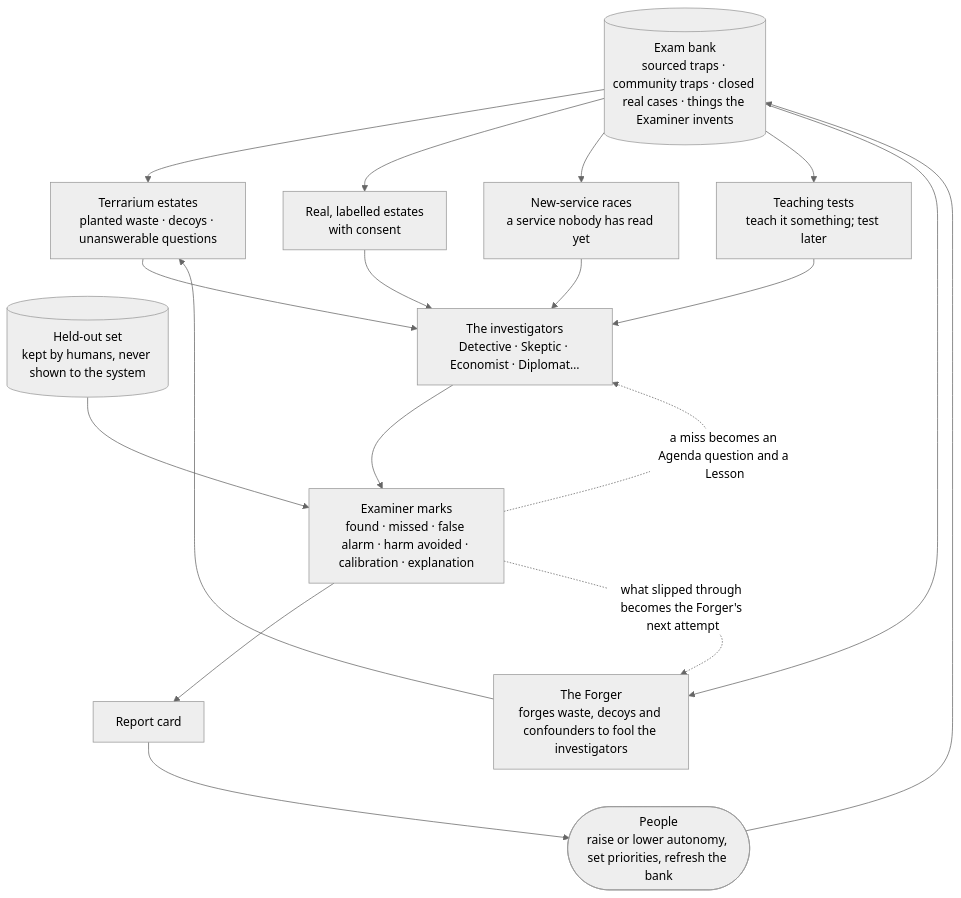
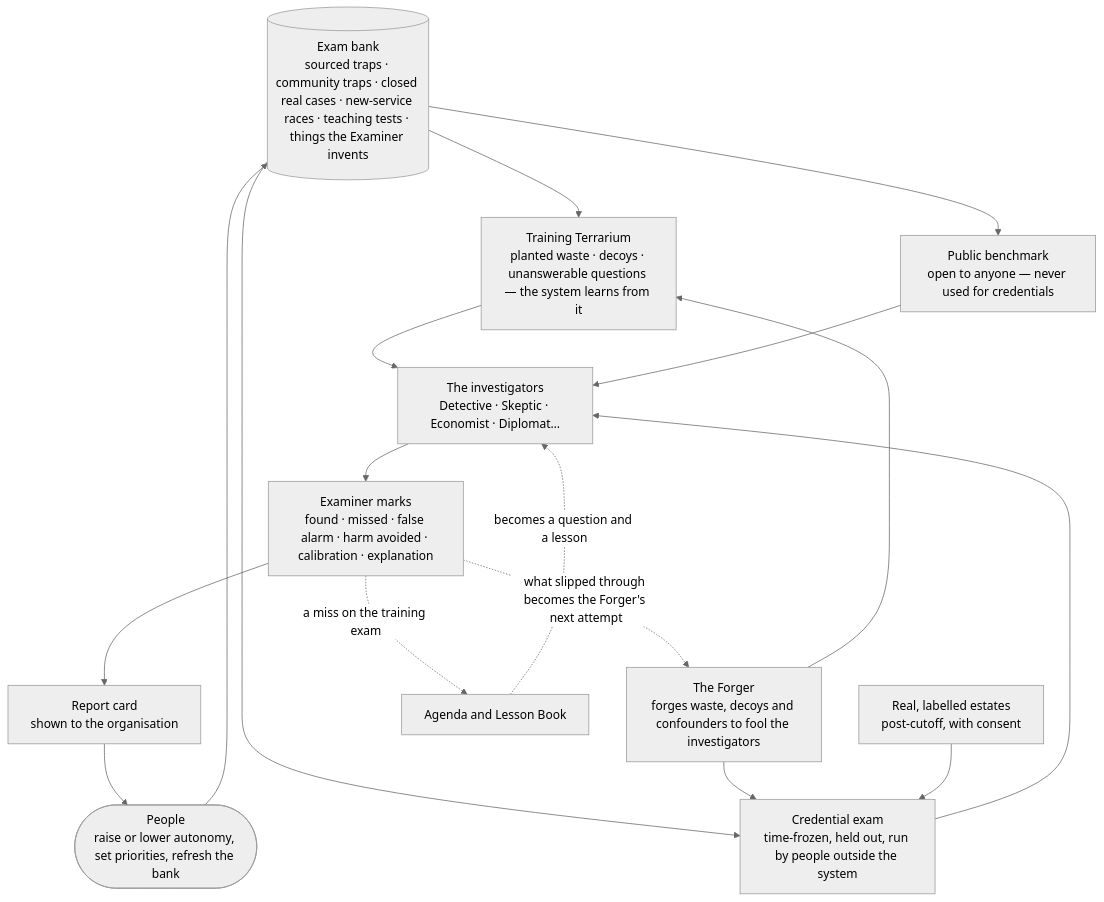
One commit to tinodo/meternaut changed the diagram in docs/07-getting-smarter.md. Above: the diagram before and after it, drawn with Mermaid (neutral theme). The commit also changed other lines of this file and 26 other files, not shown here.

````diff
--- a/docs/07-getting-smarter.md
+++ b/docs/07-getting-smarter.md
@@ -85,31 +84,30 @@
 ```mermaid
 flowchart TB
-    EB[("Exam bank<br/>sourced traps · community traps · closed real cases · things the Examiner invents")]
-    HO[("Held-out set<br/>kept by humans, never shown to the system")]
+    EB[("Exam bank<br/>sourced traps · community traps · closed real cases · new-service races · teaching tests · things the Examiner invents")]
     FG["The Forger<br/>forges waste, decoys and confounders to fool the investigators"]
-    TE["Terrarium estates<br/>planted waste · decoys · unanswerable questions"]
-    RE["Real, labelled estates<br/>with consent"]
-    NS["New-service races<br/>a service nobody has read yet"]
-    TA["Teaching tests<br/>teach it something; test later"]
+    TR["Training Terrarium<br/>planted waste · decoys · unanswerable questions — the system learns from it"]
+    PB["Public benchmark<br/>open to anyone — never used for credentials"]
+    CE["Credential exam<br/>time-frozen, held out, run by people outside the system"]
+    RE["Real, labelled estates<br/>post-cutoff, with consent"]
     IN["The investigators<br/>Detective · Skeptic · Economist · Diplomat…"]
     SC["Examiner marks<br/>found · missed · false alarm · harm avoided · calibration · explanation"]
-    RC["Report card"]
+    RC["Report card<br/>shown to the organisation"]
+    AG["Agenda and Lesson Book"]
     HU(["People<br/>raise or lower autonomy, set priorities, refresh the bank"])
-    EB --> TE
-    EB --> RE
-    EB --> NS
-    EB --> TA
-    EB --> FG
-    FG --> TE
-    HO --> SC
-    TE --> IN
-    RE --> IN
-    NS --> IN
-    TA --> IN
+    EB --> TR
+    EB --> PB
+    EB --> CE
+    FG --> TR
+    FG --> CE
+    RE --> CE
+    TR --> IN
+    PB --> IN
+    CE --> IN
     IN --> SC
     SC --> RC
     RC --> HU
     HU --> EB
+    SC -.->|"a miss on the training exam"| AG
+    AG -.->|"becomes a question and a lesson"| IN
     SC -.->|"what slipped through becomes the Forger's next attempt"| FG
-    SC -.->|"a miss becomes an Agenda question and a Lesson"| IN
 ```
````
